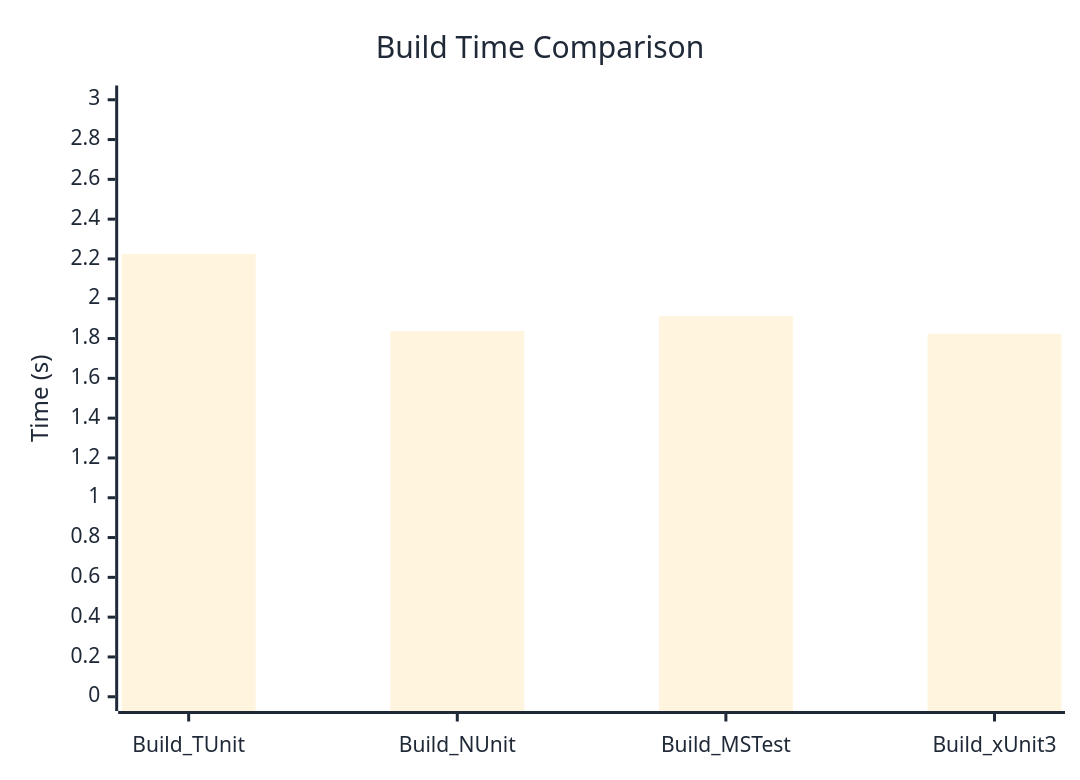
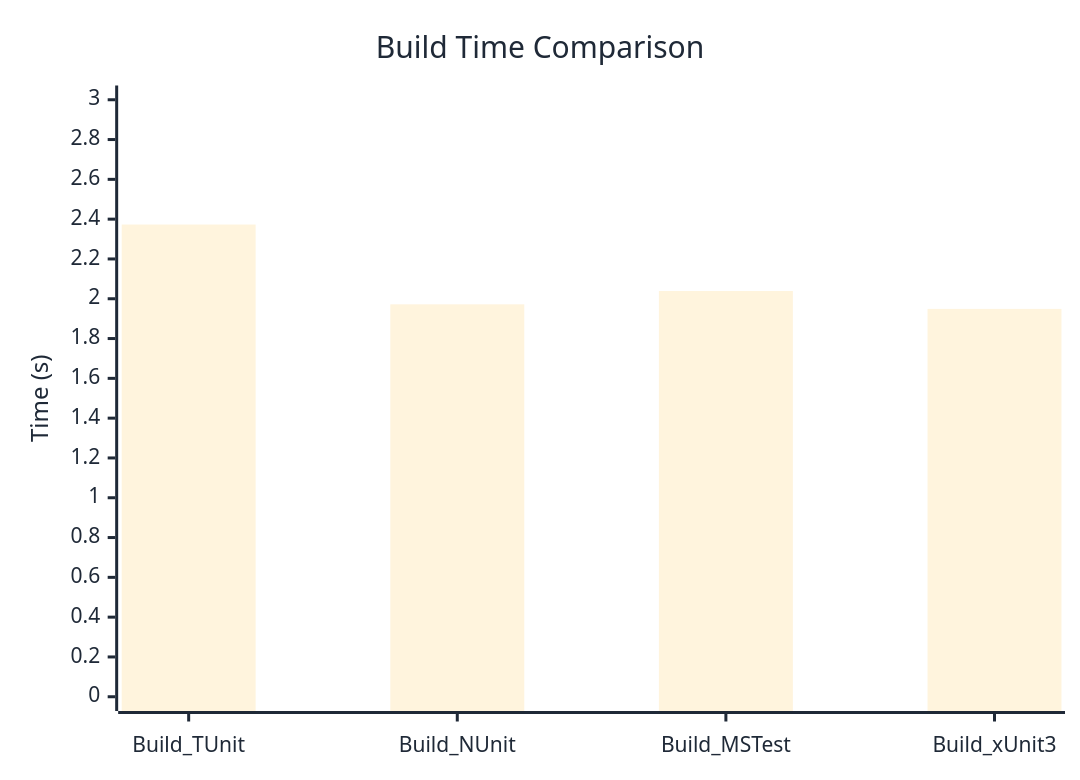
One commit to weiyilai/TUnit changed the diagram in docs/docs/benchmarks/BuildTime.md. Above: the diagram before and after it, drawn with Mermaid. The commit also changed other lines of this file and 17 other files, not shown here.

````diff
--- a/docs/docs/benchmarks/BuildTime.md
+++ b/docs/docs/benchmarks/BuildTime.md
@@ -28,37 +28,37 @@
 ```mermaid
 %%{init: {
   'theme':'base',
   'themeVariables': {
     'primaryColor': '#2563eb',
     'primaryTextColor': '#1f2937',
     'primaryBorderColor': '#1e40af',
     'lineColor': '#6b7280',
     'secondaryColor': '#7c3aed',
     'tertiaryColor': '#dc2626',
     'background': '#ffffff',
     'mainBkg': '#2563eb',
     'secondBkg': '#7c3aed',
     'tertiaryBkg': '#dc2626',
     'clusterBkg': '#f3f4f6',
     'edgeLabelBackground': '#ffffff',
     'tertiaryTextColor': '#1f2937',
     'pie1': '#2563eb',
     'pie2': '#7c3aed',
     'pie3': '#dc2626',
     'pie4': '#f59e0b',
     'pie5': '#10b981',
     'pie6': '#06b6d4',
     'pie7': '#ec4899',
     'pie8': '#6366f1',
     'pie9': '#84cc16',
     'pie10': '#f97316',
     'pie11': '#14b8a6',
     'pie12': '#a855f7'
   }
 }}%%
 xychart-beta
   title "Build Time Comparison"
   x-axis ["Build_TUnit", "Build_NUnit", "Build_MSTest", "Build_xUnit3"]
   y-axis "Time (s)" 0 --> 3
-  bar [2.225, 1.838, 1.912, 1.824]
+  bar [2.373, 1.972, 2.039, 1.949]
 ```
````
